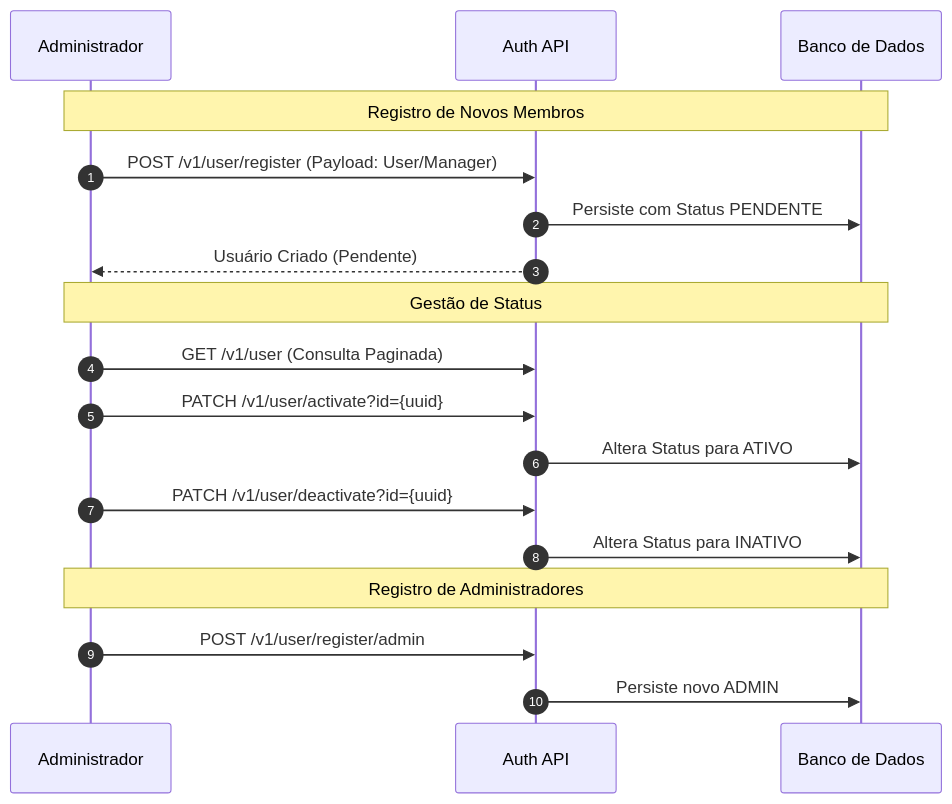
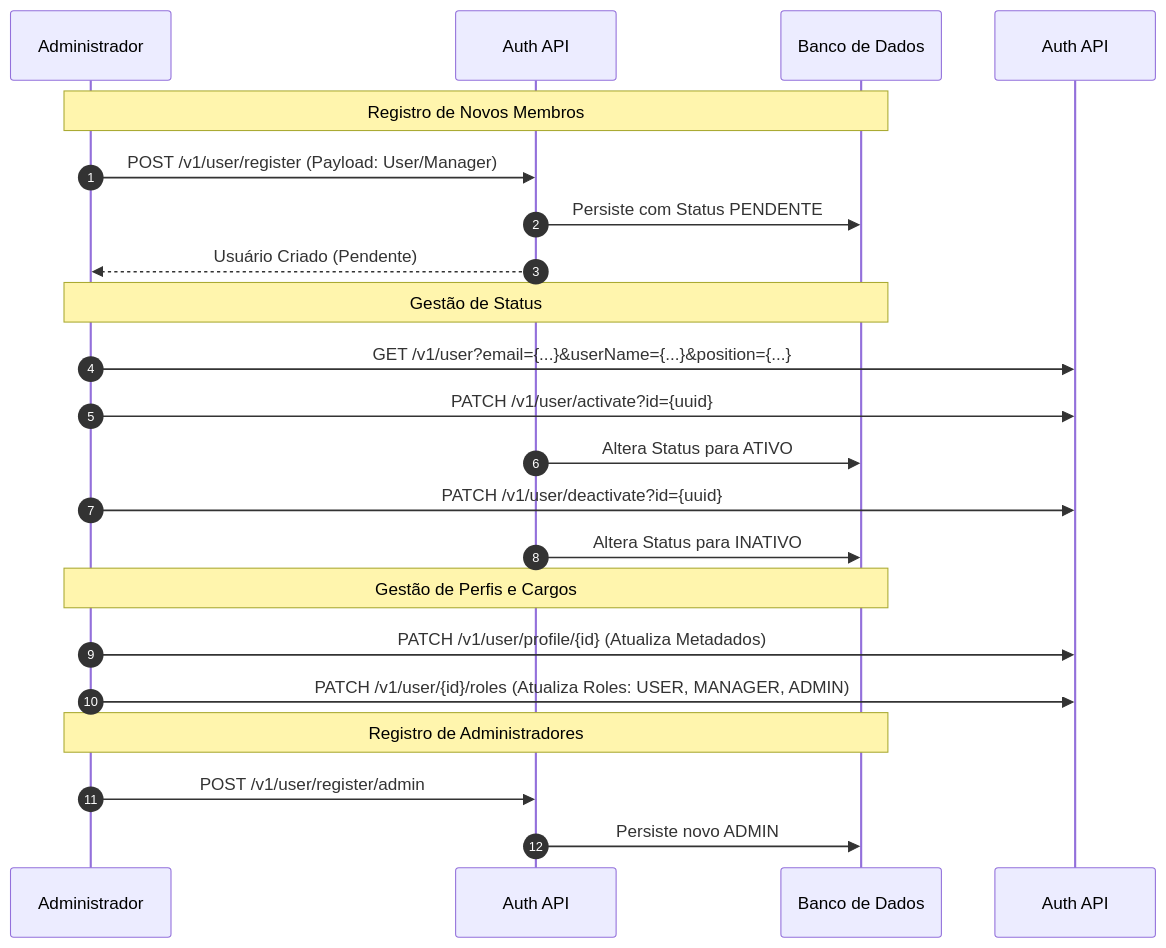
One commit to secexpessoal/auth-server changed the third of 5 diagrams in README.md. Above: the diagram before and after it, drawn with Mermaid. The commit also changed other lines of this file, not shown here.

Commit message:
[docs]: Atualiza documentação.

````diff
--- a/README.md
+++ b/README.md
@@ -77,23 +77,27 @@
 ```mermaid
 sequenceDiagram
     autonumber
     participant Admin as Administrador
     participant API as Auth API
     participant DB as Banco de Dados
 
     Note over Admin, DB: Registro de Novos Membros
     Admin->>API: POST /v1/user/register (Payload: User/Manager)
     API->>DB: Persiste com Status PENDENTE
     API-->>Admin: Usuário Criado (Pendente)
 
     Note over Admin, DB: Gestão de Status
-    Admin->>API: GET /v1/user (Consulta Paginada)
-    Admin->>API: PATCH /v1/user/activate?id={uuid}
+    Admin->>Auth API: GET /v1/user?email={...}&userName={...}&position={...}
+    Admin->>Auth API: PATCH /v1/user/activate?id={uuid}
     API->>DB: Altera Status para ATIVO
-    Admin->>API: PATCH /v1/user/deactivate?id={uuid}
+    Admin->>Auth API: PATCH /v1/user/deactivate?id={uuid}
     API->>DB: Altera Status para INATIVO
+
+    Note over Admin, DB: Gestão de Perfis e Cargos
+    Admin->>Auth API: PATCH /v1/user/profile/{id} (Atualiza Metadados)
+    Admin->>Auth API: PATCH /v1/user/{id}/roles (Atualiza Roles: USER, MANAGER, ADMIN)
 
     Note over Admin, DB: Registro de Administradores
     Admin->>API: POST /v1/user/register/admin
     API->>DB: Persiste novo ADMIN
 ```
````
